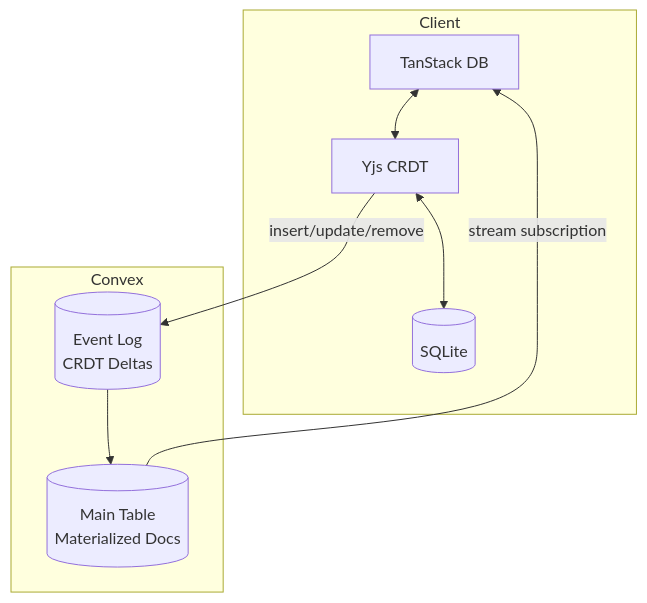
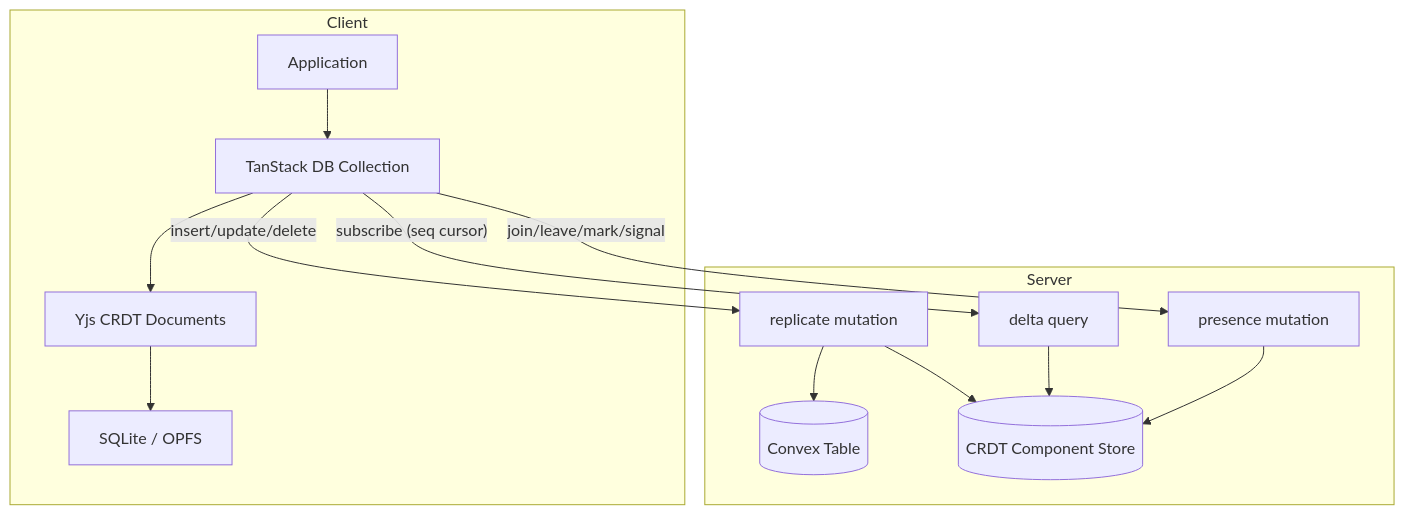
One commit to trestleinc/replicate changed the second of 2 diagrams in README.md. Above: the diagram before and after it, drawn with Mermaid. The commit also changed other lines of this file, not shown here.

First line of the commit message:
docs: rewrite README with updated API reference and architecture guide

````diff
--- a/README.md
+++ b/README.md
@@ -38,19 +33,30 @@
 ```mermaid
 graph TB
     subgraph Client
-        TDB[TanStack DB]
-        Yjs[Yjs CRDT]
-        Local[(SQLite)]
-        TDB <--> Yjs
-        Yjs <--> Local
+        App[Application]
+        Collection[TanStack DB Collection]
+        Yjs[Yjs CRDT Documents]
+        SQLite[SQLite / OPFS]
     end
 
-    subgraph Convex
-        Component[(Event Log<br/>CRDT Deltas)]
-        Main[(Main Table<br/>Materialized Docs)]
-        Component --> Main
+    subgraph Server
+        Delta[delta query]
+        Replicate[replicate mutation]
+        Presence[presence mutation]
+        Table[(Convex Table)]
+        CRDTStore[(CRDT Component Store)]
     end
 
-    Yjs -->|insert/update/remove| Component
-    Main -->|stream subscription| TDB
+    App --> Collection
+    Collection --> Yjs
+    Yjs --> SQLite
+
+    Collection -- "subscribe (seq cursor)" --> Delta
+    Collection -- "insert/update/delete" --> Replicate
+    Collection -- "join/leave/mark/signal" --> Presence
+
+    Replicate --> Table
+    Replicate --> CRDTStore
+    Delta --> CRDTStore
+    Presence --> CRDTStore
 ```
````
